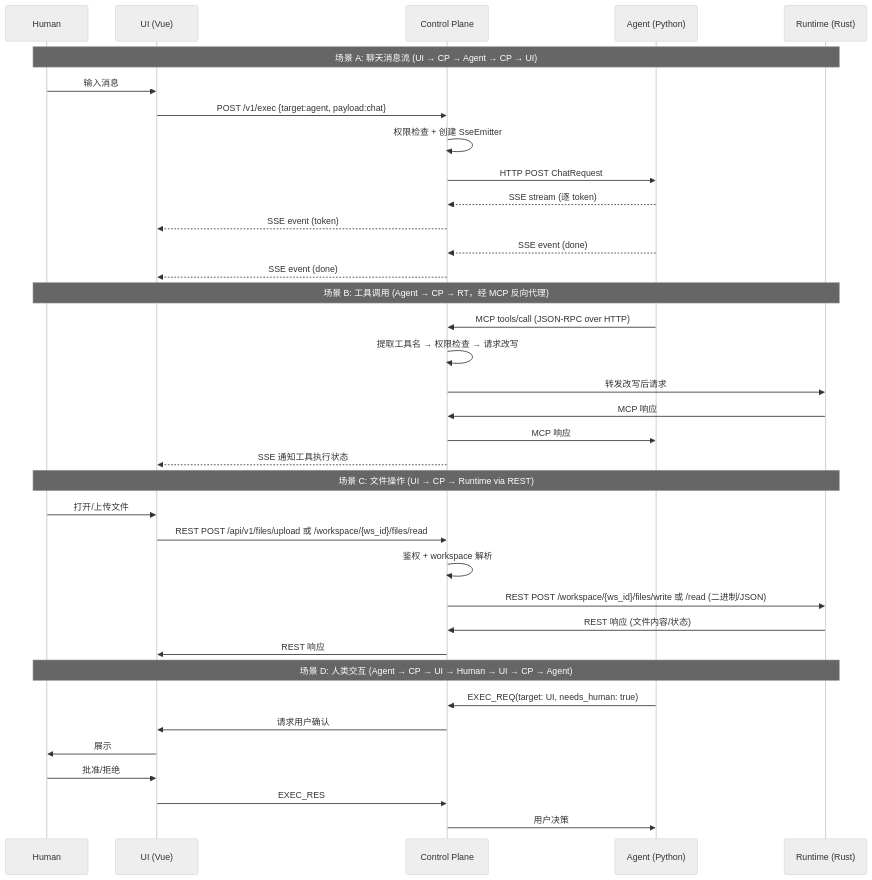
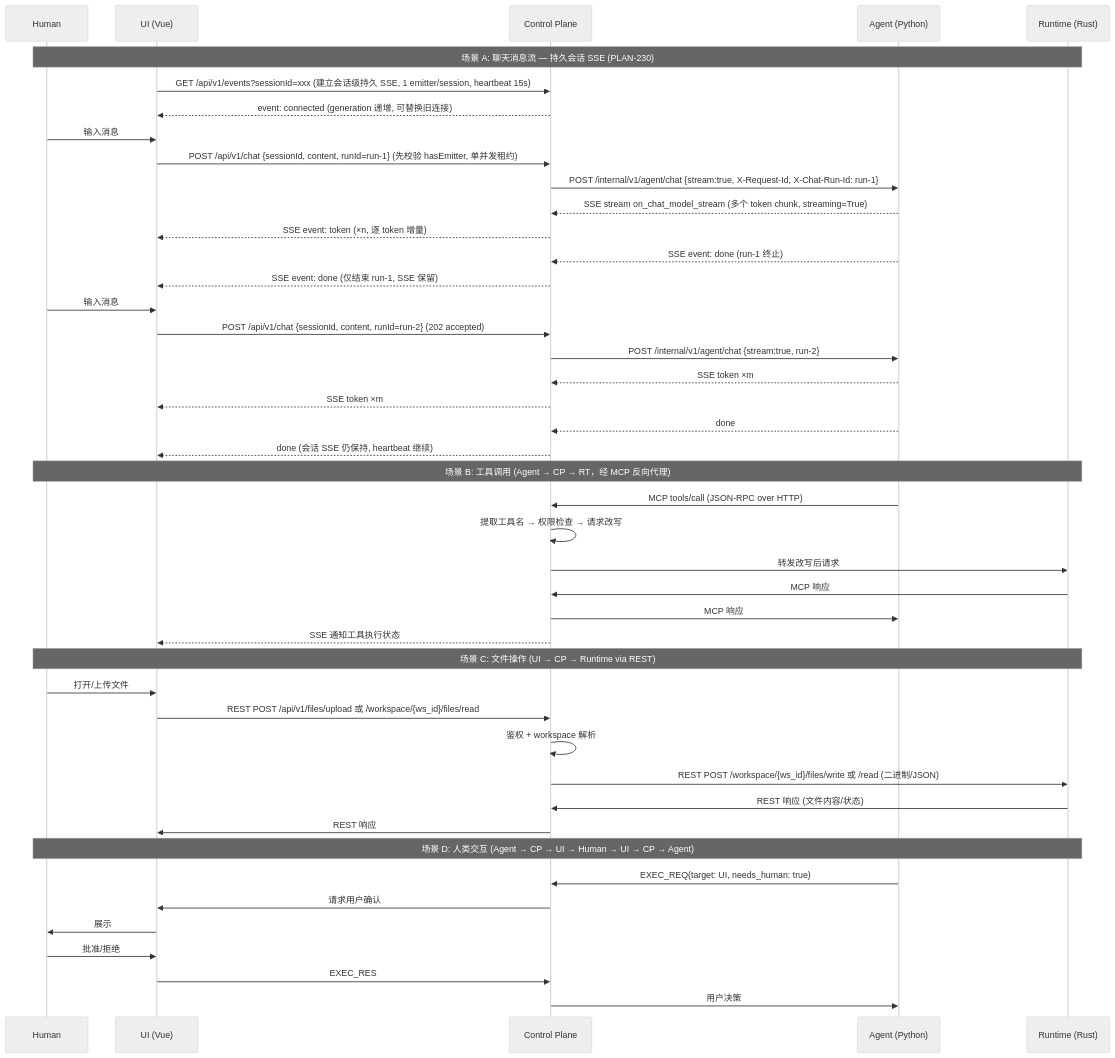
The first of 2 diagrams in docs/i18n/zh-Hans/DEV-001-system-architecture.md (cc01cc/xihe-project), drawn with Mermaid before and after one commit. The commit also changed other lines of this file and 32 other files, not shown here.

Commit message:
feat(runtime): PLAN-235 per-request exec + rustix + jobs

````diff
--- a/docs/i18n/zh-Hans/DEV-001-system-architecture.md
+++ b/docs/i18n/zh-Hans/DEV-001-system-architecture.md
@@ -216,43 +220,51 @@
 ```mermaid
 %%{init: {'theme': 'neutral'}}%%
 sequenceDiagram
   participant Human
   participant UI as UI (Vue)
   participant CP as Control Plane
   participant Agent as Agent (Python)
   participant RT as Runtime (Rust)
 
-  Note over Human,RT: 场景 A: 聊天消息流 (UI → CP → Agent → CP → UI)
-  Human->>UI: 输入消息
-  UI->>CP: POST /v1/exec {target:agent, payload:chat}
-  CP->>CP: 权限检查 + 创建 SseEmitter
-  CP->>Agent: HTTP POST ChatRequest
-  Agent-->>CP: SSE stream (逐 token)
-  CP-->>UI: SSE event (token)
-  Agent-->>CP: SSE event (done)
-  CP-->>UI: SSE event (done)
+  Note over Human,RT: 场景 A: 聊天消息流 — 持久会话 SSE (PLAN-230)
+  UI->>CP: GET /api/v1/events?sessionId=xxx (建立会话级持久 SSE, 1 emitter/session, heartbeat 15s)
+  CP-->>UI: event: connected (generation 递增, 可替换旧连接)
+  Human->>UI: 输入消息 #1
+  UI->>CP: POST /api/v1/chat {sessionId, content, runId=run-1} (先校验 hasEmitter, 单并发租约)
+  CP->>Agent: POST /internal/v1/agent/chat {stream:true, X-Request-Id, X-Chat-Run-Id: run-1}
+  Agent-->>CP: SSE stream on_chat_model_stream (多个 token chunk, streaming=True)
+  CP-->>UI: SSE event: token (×n, 逐 token 增量)
+  Agent-->>CP: SSE event: done (run-1 终止)
+  CP-->>UI: SSE event: done (仅结束 run-1, SSE 保留)
+  Human->>UI: 输入消息 #2 (无需重建 SSE, 同一连接复用)
+  UI->>CP: POST /api/v1/chat {sessionId, content, runId=run-2} (202 accepted)
+  CP->>Agent: POST /internal/v1/agent/chat {stream:true, run-2}
+  Agent-->>CP: SSE token ×m
+  CP-->>UI: SSE token ×m
+  Agent-->>CP: done
+  CP-->>UI: done (会话 SSE 仍保持, heartbeat 继续)
 
   Note over Human,RT: 场景 B: 工具调用 (Agent → CP → RT，经 MCP 反向代理)
   Agent->>CP: MCP tools/call (JSON-RPC over HTTP)
   CP->>CP: 提取工具名 → 权限检查 → 请求改写
   CP->>RT: 转发改写后请求
   RT->>CP: MCP 响应
   CP->>Agent: MCP 响应
   CP-->>UI: SSE 通知工具执行状态
 
   Note over Human,RT: 场景 C: 文件操作 (UI → CP → Runtime via REST)
   Human->>UI: 打开/上传文件
   UI->>CP: REST POST /api/v1/files/upload 或 /workspace/{ws_id}/files/read
   CP->>CP: 鉴权 + workspace 解析
   CP->>RT: REST POST /workspace/{ws_id}/files/write 或 /read (二进制/JSON)
   RT->>CP: REST 响应 (文件内容/状态)
   CP->>UI: REST 响应
 
   Note over Human,RT: 场景 D: 人类交互 (Agent → CP → UI → Human → UI → CP → Agent)
   Agent->>CP: EXEC_REQ(target: UI, needs_human: true)
   CP->>UI: 请求用户确认
   UI->>Human: 展示
   Human->>UI: 批准/拒绝
   UI->>CP: EXEC_RES
   CP->>Agent: 用户决策
 ```
````
